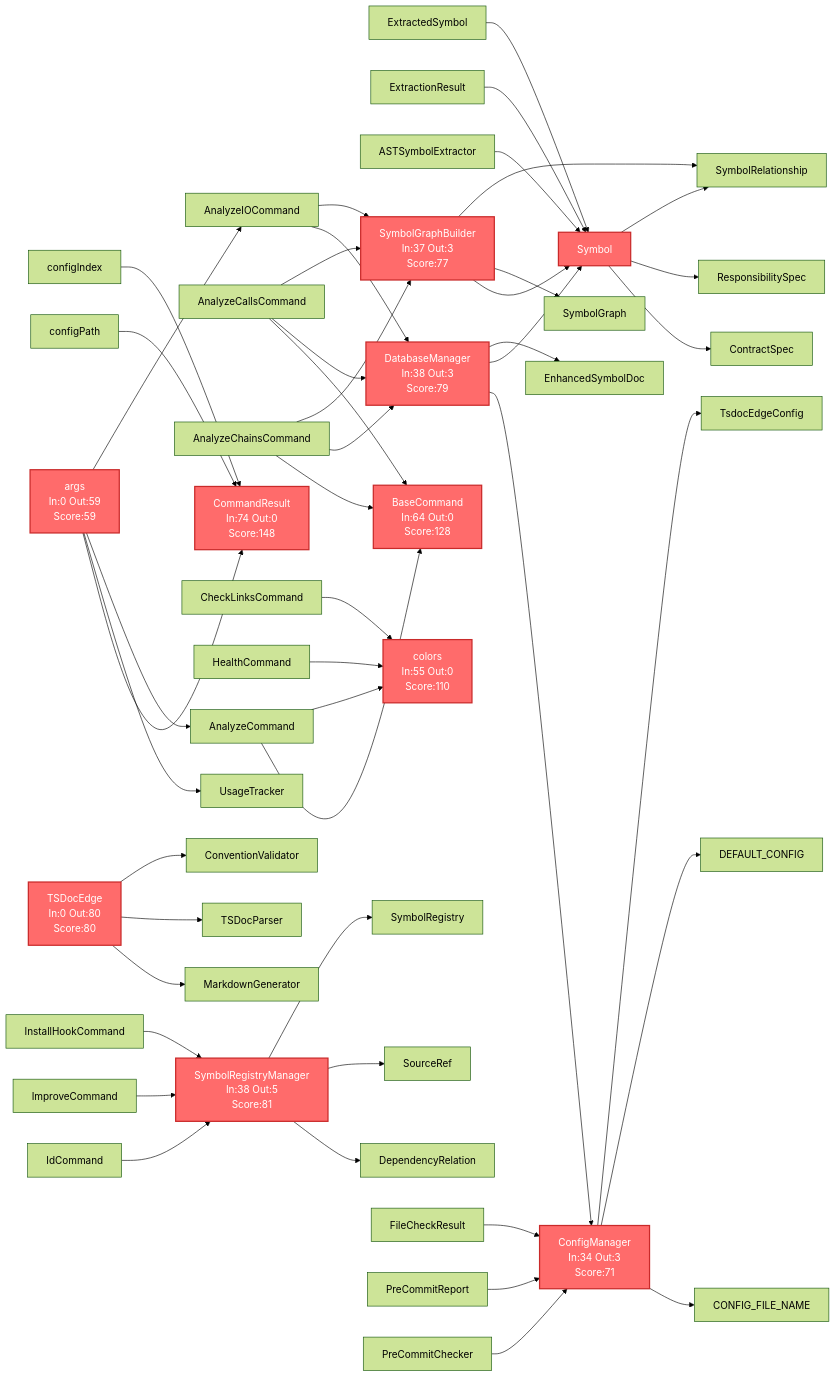
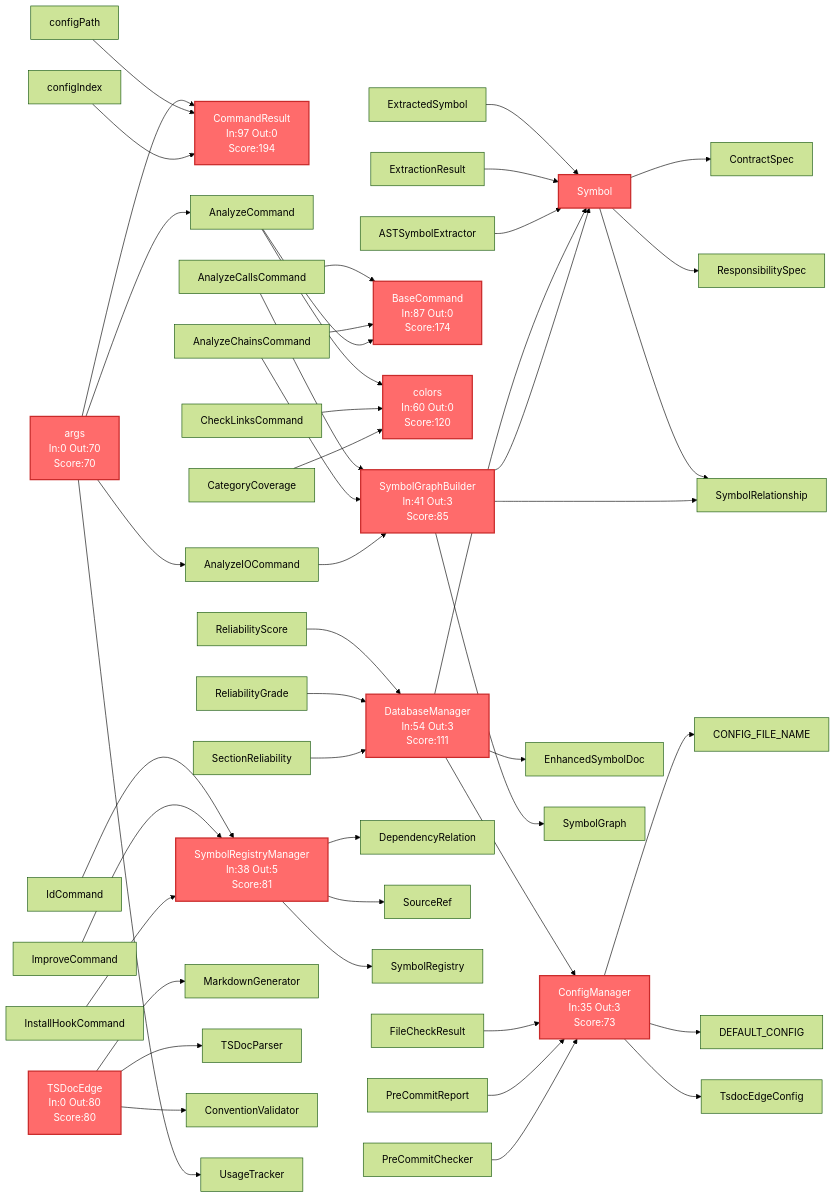
Before and after one commit to mineclover/tsdoc-edge: the diagram in .tsdoc/diagrams/hotspots.mmd, drawn with Mermaid (forest theme). The commit also changed 3 other files, not shown here.

```diff
--- a/.tsdoc/diagrams/hotspots.mmd
+++ b/.tsdoc/diagrams/hotspots.mmd
@@ -1,61 +1,61 @@
 graph LR
-  interface_symbol["Symbol<br/>In:85 Out:4<br/>Score:174"]:::critical
+  interface_commandresult["CommandResult<br/>In:97 Out:0<br/>Score:194"]:::critical
+  variable_args["args"] --> interface_commandresult
+  variable_configpath["configPath"] --> interface_commandresult
+  variable_configindex["configIndex"] --> interface_commandresult
+  interface_symbol["Symbol<br/>In:92 Out:4<br/>Score:188"]:::critical
   interface_extractedsymbol["ExtractedSymbol"] --> interface_symbol
   interface_extractionresult["ExtractionResult"] --> interface_symbol
   class_astsymbolextractor["ASTSymbolExtractor"] --> interface_symbol
   interface_symbol --> interface_contractspec["ContractSpec"]
   interface_symbol --> interface_responsibilityspec["ResponsibilitySpec"]
   interface_symbol --> interface_symbolrelationship["SymbolRelationship"]
-  interface_commandresult["CommandResult<br/>In:74 Out:0<br/>Score:148"]:::critical
-  variable_args["args"] --> interface_commandresult
-  variable_configpath["configPath"] --> interface_commandresult
-  variable_configindex["configIndex"] --> interface_commandresult
-  class_basecommand["BaseCommand<br/>In:64 Out:0<br/>Score:128"]:::critical
+  class_basecommand["BaseCommand<br/>In:87 Out:0<br/>Score:174"]:::critical
   class_analyzecallscommand["AnalyzeCallsCommand"] --> class_basecommand
   class_analyzechainscommand["AnalyzeChainsCommand"] --> class_basecommand
   class_analyzecommand["AnalyzeCommand"] --> class_basecommand
-  variable_colors["colors<br/>In:55 Out:0<br/>Score:110"]:::critical
+  variable_colors["colors<br/>In:60 Out:0<br/>Score:120"]:::critical
   class_analyzecommand["AnalyzeCommand"] --> variable_colors
   class_checklinkscommand["CheckLinksCommand"] --> variable_colors
-  class_healthcommand["HealthCommand"] --> variable_colors
+  interface_categorycoverage["CategoryCoverage"] --> variable_colors
+  class_databasemanager["DatabaseManager<br/>In:54 Out:3<br/>Score:111"]:::critical
+  type_reliabilityscore["ReliabilityScore"] --> class_databasemanager
+  type_reliabilitygrade["ReliabilityGrade"] --> class_databasemanager
+  interface_sectionreliability["SectionReliability"] --> class_databasemanager
+  class_databasemanager --> class_configmanager["ConfigManager"]
+  class_databasemanager --> interface_symbol["Symbol"]
+  class_databasemanager --> interface_enhancedsymboldoc["EnhancedSymbolDoc"]
+  class_symbolgraphbuilder["SymbolGraphBuilder<br/>In:41 Out:3<br/>Score:85"]:::critical
+  class_analyzecallscommand["AnalyzeCallsCommand"] --> class_symbolgraphbuilder
+  class_analyzechainscommand["AnalyzeChainsCommand"] --> class_symbolgraphbuilder
+  class_analyzeiocommand["AnalyzeIOCommand"] --> class_symbolgraphbuilder
+  class_symbolgraphbuilder --> interface_symbol["Symbol"]
+  class_symbolgraphbuilder --> interface_symbolgraph["SymbolGraph"]
+  class_symbolgraphbuilder --> interface_symbolrelationship["SymbolRelationship"]
   class_symbolregistrymanager["SymbolRegistryManager<br/>In:38 Out:5<br/>Score:81"]:::critical
   class_idcommand["IdCommand"] --> class_symbolregistrymanager
   class_improvecommand["ImproveCommand"] --> class_symbolregistrymanager
   class_installhookcommand["InstallHookCommand"] --> class_symbolregistrymanager
   class_symbolregistrymanager --> interface_dependencyrelation["DependencyRelation"]
   class_symbolregistrymanager --> interface_sourceref["SourceRef"]
   class_symbolregistrymanager --> interface_symbolregistry["SymbolRegistry"]
   class_tsdocedge["TSDocEdge<br/>In:0 Out:80<br/>Score:80"]:::critical
   class_tsdocedge --> class_markdowngenerator["MarkdownGenerator"]
   class_tsdocedge --> class_tsdocparser["TSDocParser"]
   class_tsdocedge --> class_conventionvalidator["ConventionValidator"]
-  class_databasemanager["DatabaseManager<br/>In:38 Out:3<br/>Score:79"]:::critical
-  class_analyzecallscommand["AnalyzeCallsCommand"] --> class_databasemanager
-  class_analyzechainscommand["AnalyzeChainsCommand"] --> class_databasemanager
-  class_analyzeiocommand["AnalyzeIOCommand"] --> class_databasemanager
-  class_databasemanager --> class_configmanager["ConfigManager"]
-  class_databasemanager --> interface_symbol["Symbol"]
-  class_databasemanager --> interface_enhancedsymboldoc["EnhancedSymbolDoc"]
-  class_symbolgraphbuilder["SymbolGraphBuilder<br/>In:37 Out:3<br/>Score:77"]:::critical
-  class_analyzecallscommand["AnalyzeCallsCommand"] --> class_symbolgraphbuilder
-  class_analyzechainscommand["AnalyzeChainsCommand"] --> class_symbolgraphbuilder
-  class_analyzeiocommand["AnalyzeIOCommand"] --> class_symbolgraphbuilder
-  class_symbolgraphbuilder --> interface_symbol["Symbol"]
-  class_symbolgraphbuilder --> interface_symbolgraph["SymbolGraph"]
-  class_symbolgraphbuilder --> interface_symbolrelationship["SymbolRelationship"]
-  class_configmanager["ConfigManager<br/>In:34 Out:3<br/>Score:71"]:::critical
+  class_configmanager["ConfigManager<br/>In:35 Out:3<br/>Score:73"]:::critical
   interface_filecheckresult["FileCheckResult"] --> class_configmanager
   interface_precommitreport["PreCommitReport"] --> class_configmanager
   class_precommitchecker["PreCommitChecker"] --> class_configmanager
   class_configmanager --> constant_config_file_name["CONFIG_FILE_NAME"]
   class_configmanager --> constant_default_config["DEFAULT_CONFIG"]
   class_configmanager --> interface_tsdocedgeconfig["TsdocEdgeConfig"]
-  variable_args["args<br/>In:0 Out:59<br/>Score:59"]:::critical
+  variable_args["args<br/>In:0 Out:70<br/>Score:70"]:::critical
   variable_args --> class_usagetracker["UsageTracker"]
   variable_args --> class_analyzecommand["AnalyzeCommand"]
   variable_args --> class_analyzeiocommand["AnalyzeIOCommand"]
 
   classDef critical fill:#ff6b6b,stroke:#c92a2a,stroke-width:2px,color:#fff
   classDef high fill:#ffa94d,stroke:#fd7e14,stroke-width:2px
   classDef medium fill:#74c0fc,stroke:#339af0,stroke-width:2px
   classDef low fill:#b2f2bb,stroke:#51cf66,stroke-width:2px
```
